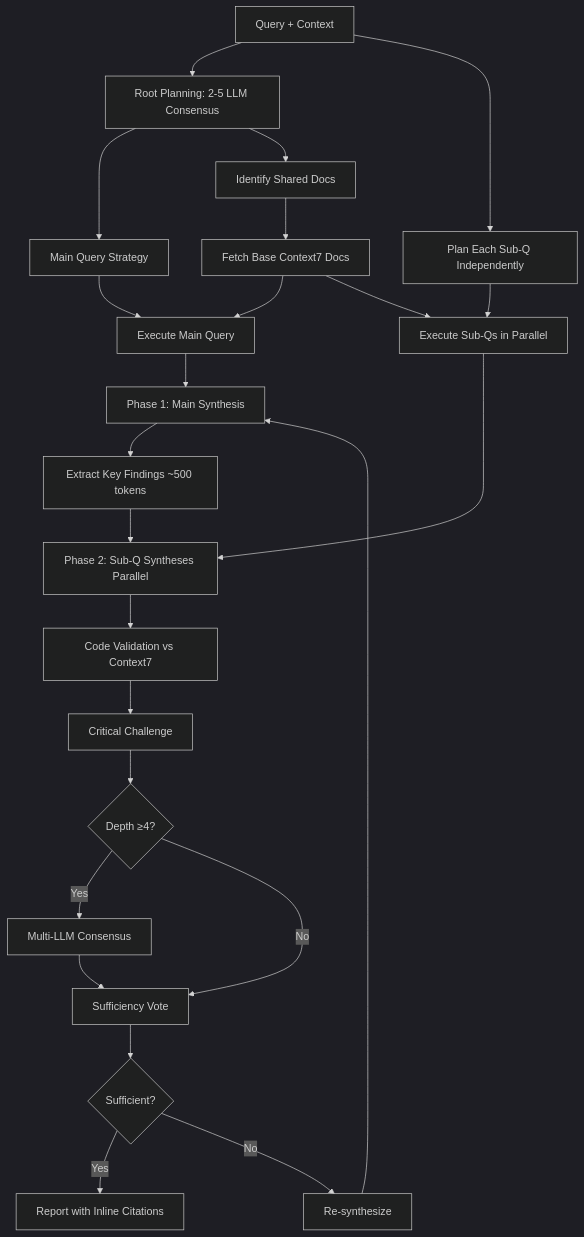
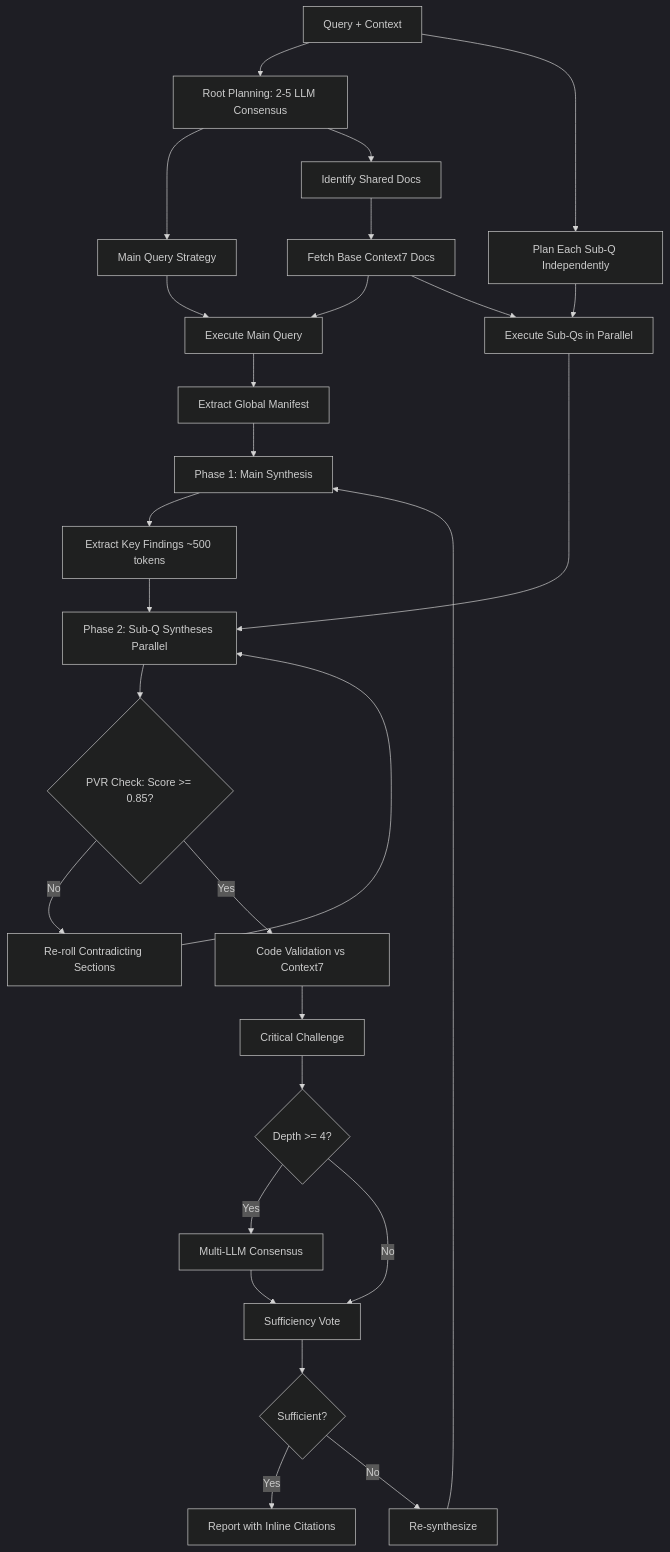
The diagram in README.md (norvalbv/deep-research-mcp), drawn with Mermaid (dark theme) before and after one commit. The commit also changed other lines of this file and 10 other files, not shown here.

````diff
--- a/README.md
+++ b/README.md
@@ -291,29 +314,33 @@
 ```mermaid
 graph TD
     A[Query + Context] --> B[Root Planning: 2-5 LLM Consensus]
     B --> C[Main Query Strategy]
     B --> D[Identify Shared Docs]
     D --> E[Fetch Base Context7 Docs]
     A --> F[Plan Each Sub-Q Independently]
     
     C --> G[Execute Main Query]
     E --> G
     F --> H[Execute Sub-Qs in Parallel]
     E --> H
     
-    G --> I[Phase 1: Main Synthesis]
+    G --> GM[Extract Global Manifest]
+    GM --> I[Phase 1: Main Synthesis]
     I --> J[Extract Key Findings ~500 tokens]
     J --> K[Phase 2: Sub-Q Syntheses Parallel]
     H --> K
     
-    K --> L[Code Validation vs Context7]
+    K --> PVR{PVR Check: Score >= 0.85?}
+    PVR -->|No| RR[Re-roll Contradicting Sections]
+    RR --> K
+    PVR -->|Yes| L[Code Validation vs Context7]
     L --> M[Critical Challenge]
-    M --> N{Depth ≥4?}
+    M --> N{Depth >= 4?}
     N -->|Yes| O[Multi-LLM Consensus]
     N -->|No| P[Sufficiency Vote]
     O --> P
     P --> Q{Sufficient?}
     Q -->|Yes| R[Report with Inline Citations]
     Q -->|No| S[Re-synthesize]
     S --> I
 ```
````
